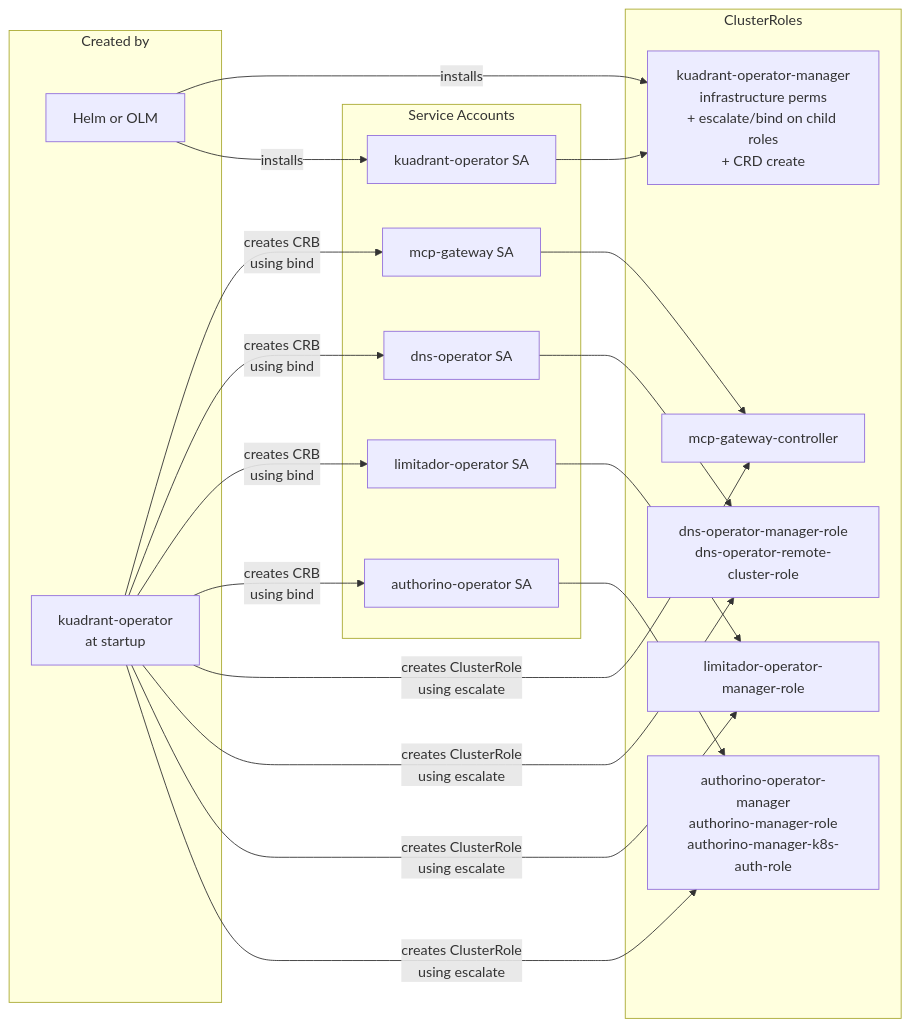
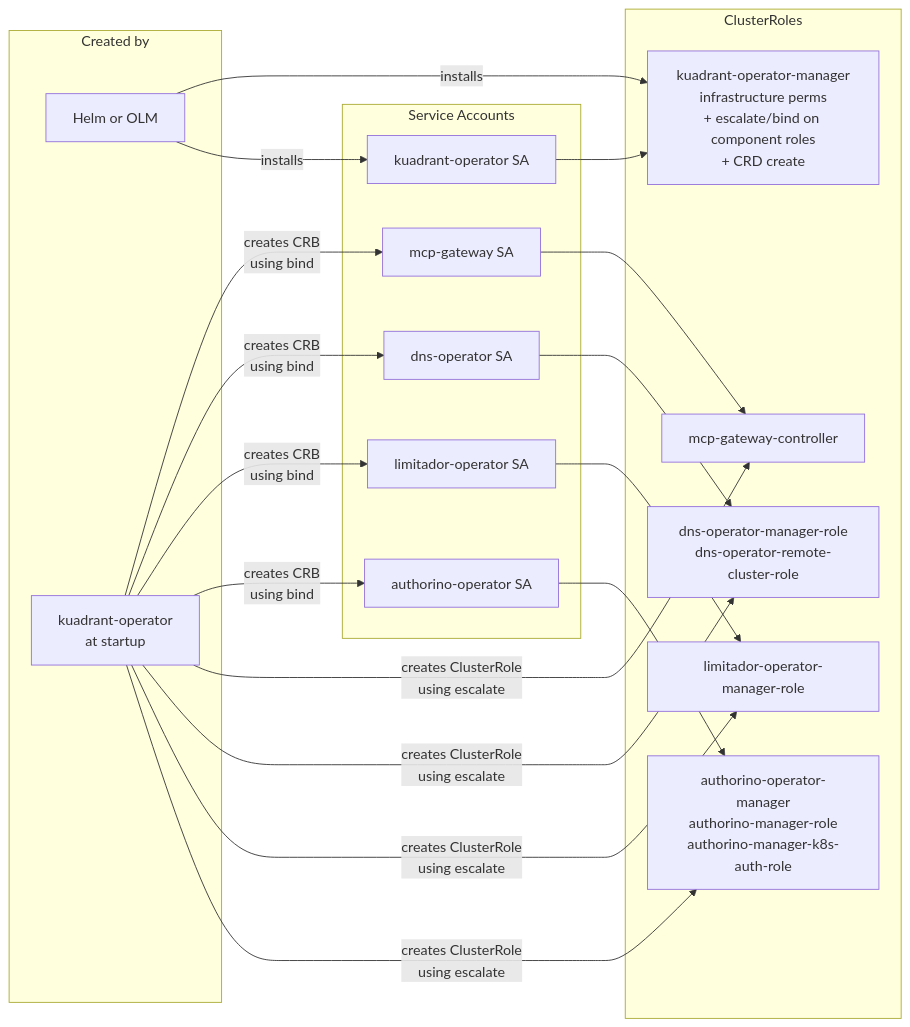
The fifth of 6 diagrams in rfcs/0019-olmv1-operator-consolidation/architecture-diagrams.md (Kuadrant/architecture), drawn with Mermaid before and after one commit. The commit also changed other lines of this file and 1 other file, not shown here.

Commit message:
docs: update RFC 0019 to reflect implemented chart sync tooling

````diff
--- a/rfcs/0019-olmv1-operator-consolidation/architecture-diagrams.md
+++ b/rfcs/0019-olmv1-operator-consolidation/architecture-diagrams.md
@@ -136,40 +137,40 @@
 ```mermaid
 graph LR
     subgraph sa["Service Accounts"]
         KSA["kuadrant-operator SA"]
         ASA["authorino-operator SA"]
         LSA["limitador-operator SA"]
         DSA["dns-operator SA"]
         MSA["mcp-gateway SA"]
     end
 
     subgraph roles["ClusterRoles"]
-        KR["kuadrant-operator-manager<br/>infrastructure perms<br/>+ escalate/bind on child roles<br/>+ CRD create"]
+        KR["kuadrant-operator-manager<br/>infrastructure perms<br/>+ escalate/bind on component roles<br/>+ CRD create"]
         AR["authorino-operator-manager<br/>authorino-manager-role<br/>authorino-manager-k8s-auth-role"]
         LR_["limitador-operator-manager-role"]
         DR["dns-operator-manager-role<br/>dns-operator-remote-cluster-role"]
         MR["mcp-gateway-controller"]
     end
 
     subgraph who["Created by"]
         OLM_H["Helm or OLM"]
         KUADRANT["kuadrant-operator<br/>at startup"]
     end
 
     OLM_H -->|"installs"| KSA
     OLM_H -->|"installs"| KR
     KSA --> KR
 
     KUADRANT -->|"creates ClusterRole<br/>using escalate"| AR
     KUADRANT -->|"creates ClusterRole<br/>using escalate"| LR_
     KUADRANT -->|"creates ClusterRole<br/>using escalate"| DR
     KUADRANT -->|"creates ClusterRole<br/>using escalate"| MR
     KUADRANT -->|"creates CRB<br/>using bind"| ASA
     KUADRANT -->|"creates CRB<br/>using bind"| LSA
     KUADRANT -->|"creates CRB<br/>using bind"| DSA
     KUADRANT -->|"creates CRB<br/>using bind"| MSA
     ASA --> AR
     LSA --> LR_
     DSA --> DR
     MSA --> MR
 ```
````
